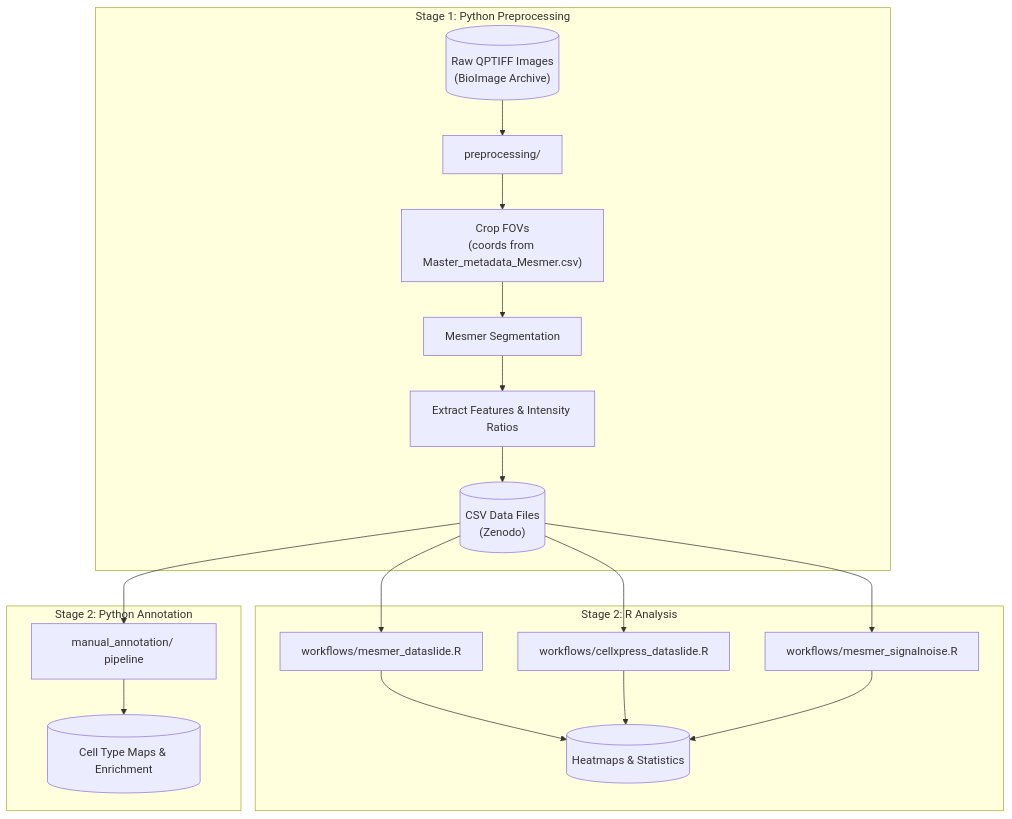
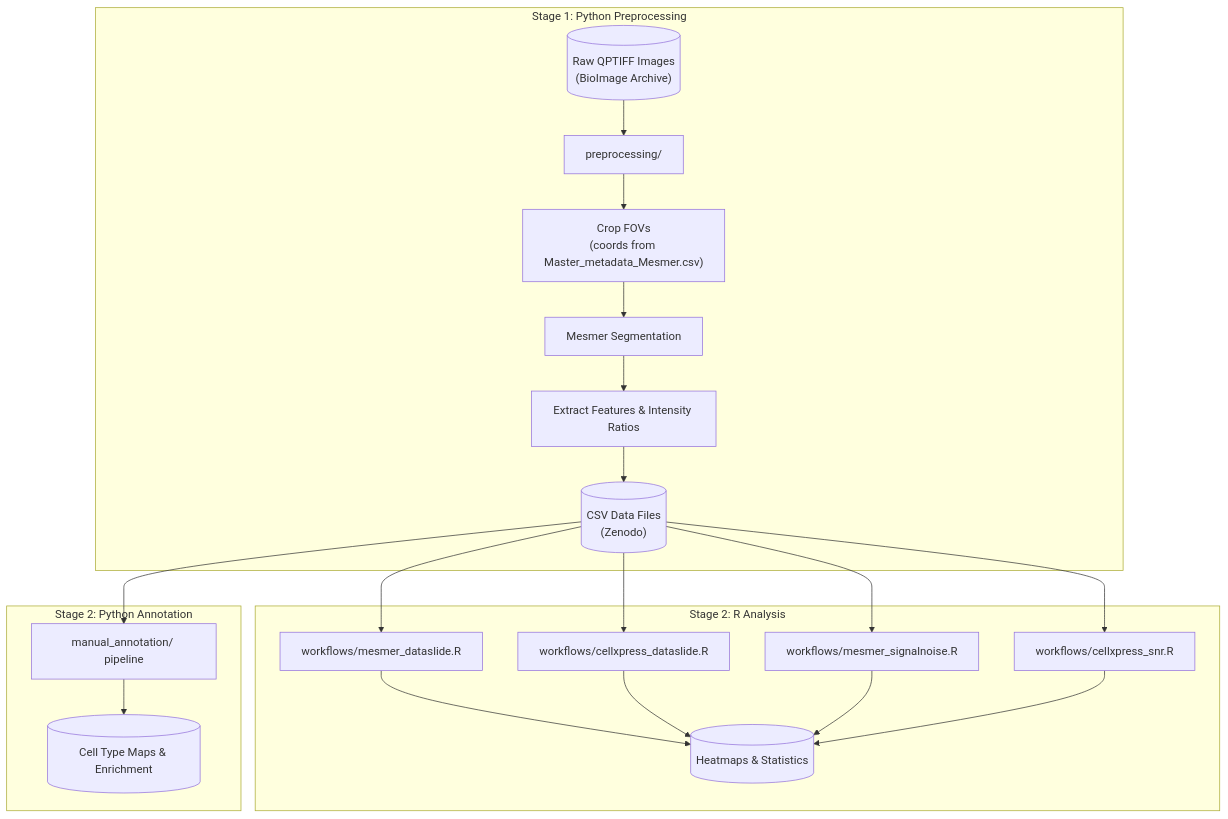
One commit to SizunJiangLab/Benchmarking_tissue_preparation changed the diagram in README.md. Above: the diagram before and after it, drawn with Mermaid. The commit also changed other lines of this file, not shown here.

Commit message:
docs: add cellxpress_snr to workflow diagram and cowplot to deps
- Workflow Overview mermaid now includes the promoted workflows/cellxpress_snr.R entry point
- cowplot added to the R install list (required by mesmer_signalnoise.R and cellxpress_snr.R)

````diff
--- a/README.md
+++ b/README.md
@@ -71,24 +71,26 @@
 ```mermaid
 flowchart TD
     subgraph stage1["Stage 1: Python Preprocessing"]
         A[("Raw QPTIFF Images<br/>(BioImage Archive)")] --> B["preprocessing/"]
         B --> C["Crop FOVs<br/>(coords from Master_metadata_Mesmer.csv)"]
         C --> D["Mesmer Segmentation"]
         D --> E["Extract Features & Intensity Ratios"]
         E --> F[("CSV Data Files<br/>(Zenodo)")]
     end
 
     subgraph stage2["Stage 2: R Analysis"]
         F --> G["workflows/mesmer_dataslide.R"]
         F --> H["workflows/cellxpress_dataslide.R"]
         F --> I["workflows/mesmer_signalnoise.R"]
+        F --> M["workflows/cellxpress_snr.R"]
         G --> J[("Heatmaps & Statistics")]
         H --> J
         I --> J
+        M --> J
     end
 
     subgraph stage2b["Stage 2: Python Annotation"]
         F --> K["manual_annotation/ pipeline"]
         K --> L[("Cell Type Maps & Enrichment")]
     end
 ```
````
